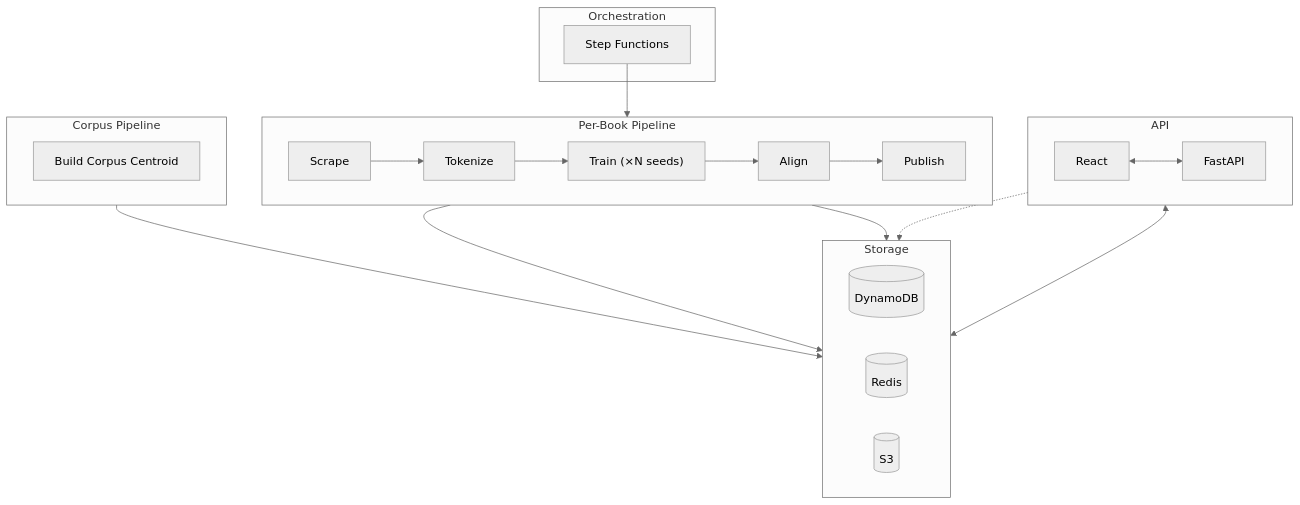
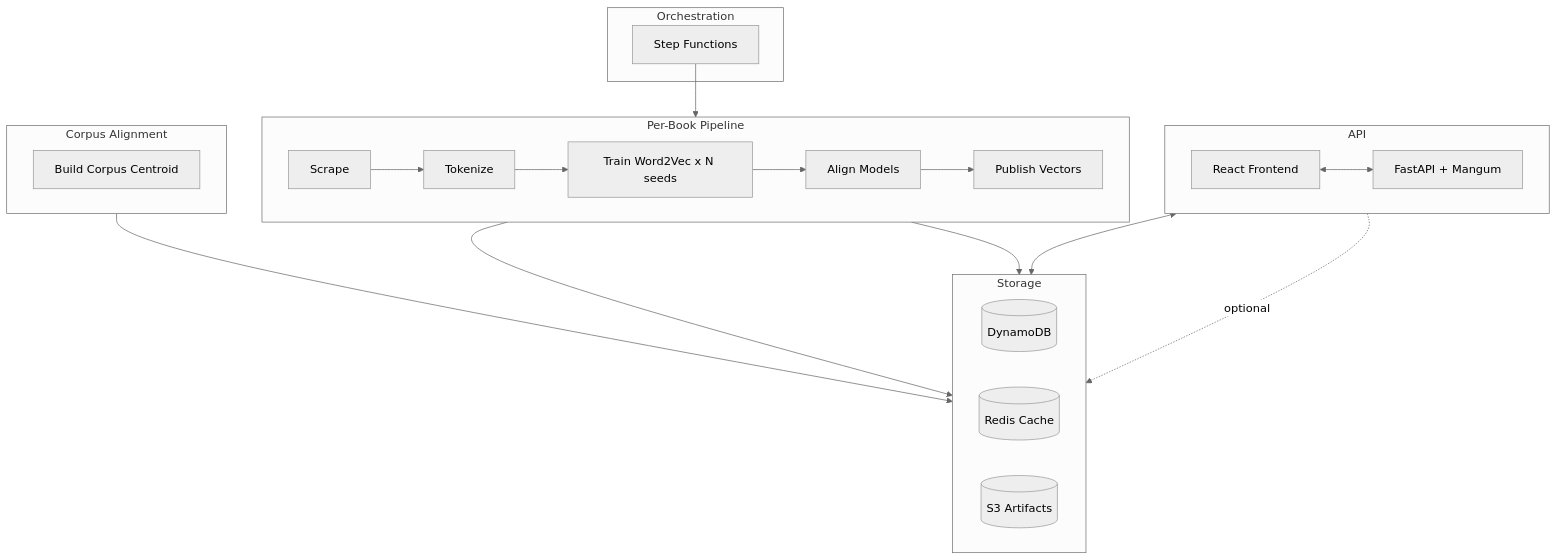
The diagram in README.md (areebms/embedding-analytics), drawn with Mermaid (neutral theme) before and after one commit. The commit also changed other lines of this file and 11 other files, not shown here.

````diff
--- a/README.md
+++ b/README.md
@@ -23,35 +59,35 @@
 ```mermaid
 graph TD
     subgraph Orchestration
         SF[Step Functions]
     end
 
     subgraph API
         direction LR
-        UI[React] <--> FAPI[FastAPI]
+        UI[React Frontend] <--> FAPI[FastAPI + Mangum]
     end
 
     subgraph Storage
         direction LR
         DDB[(DynamoDB)]
-        RED[(Redis)]
-        S3[(S3)]
+        RED[(Redis Cache)]
+        S3[(S3 Artifacts)]
     end
 
-    subgraph DP [Per-Book Pipeline]
+    subgraph Pipeline [Per-Book Pipeline]
         direction LR
-        SCR[Scrape] --> TOK[Tokenize] --> TRN["Train (×N seeds)"] --> ALN[Align] --> PUB[Publish]
+        SCR[Scrape] --> TOK[Tokenize] --> TRN["Train Word2Vec x N seeds"] --> ALN[Align Models] --> PUB[Publish Vectors]
     end
 
-    subgraph CP [Corpus Pipeline]
+    subgraph Corpus [Corpus Alignment]
         direction LR
         BCC[Build Corpus Centroid]
     end
 
-    SF --> DP
-    FAPI -.-> RED
+    SF --> Pipeline
+    Pipeline --> S3
+    PUB --> DDB
     FAPI <--> DDB
-    PUB --> DDB
-    DP --> S3
-    CP --> S3
+    FAPI -. optional .-> RED
+    Corpus --> S3
 ```
````
